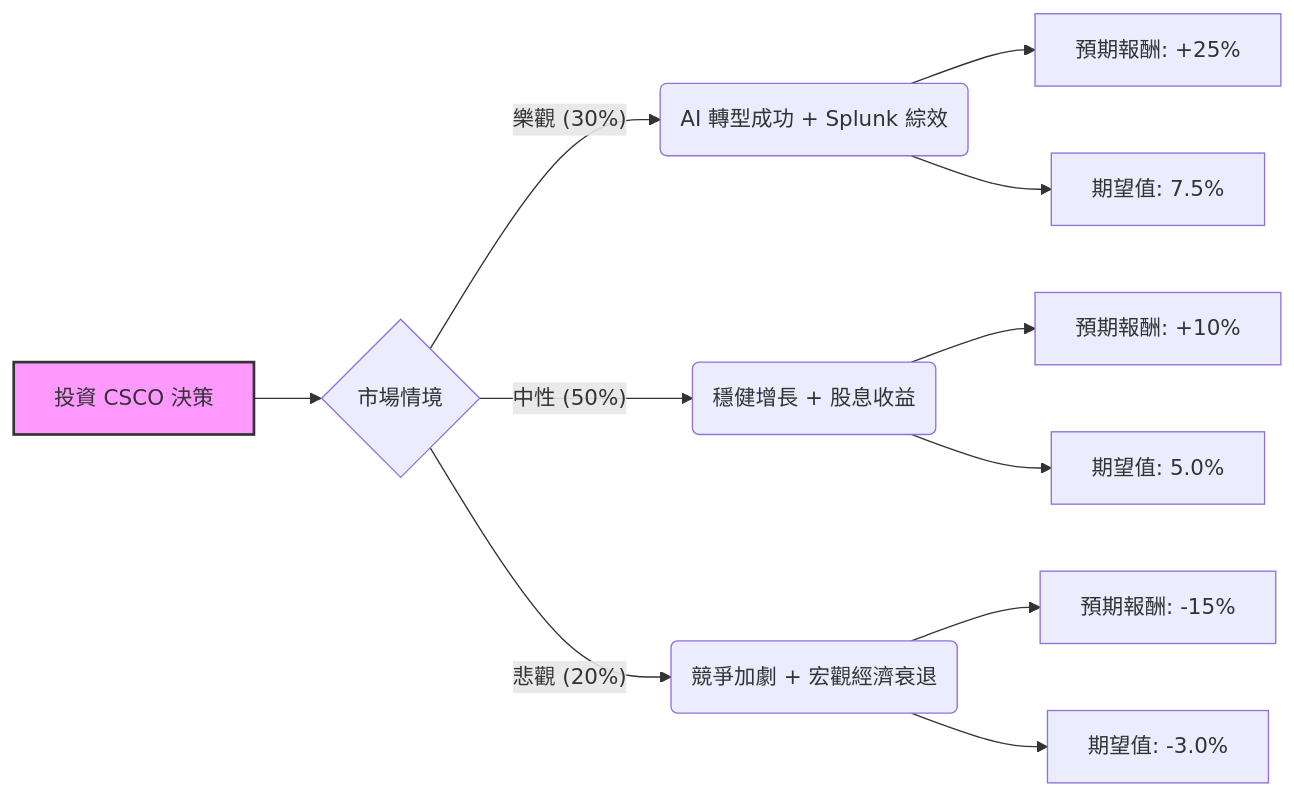
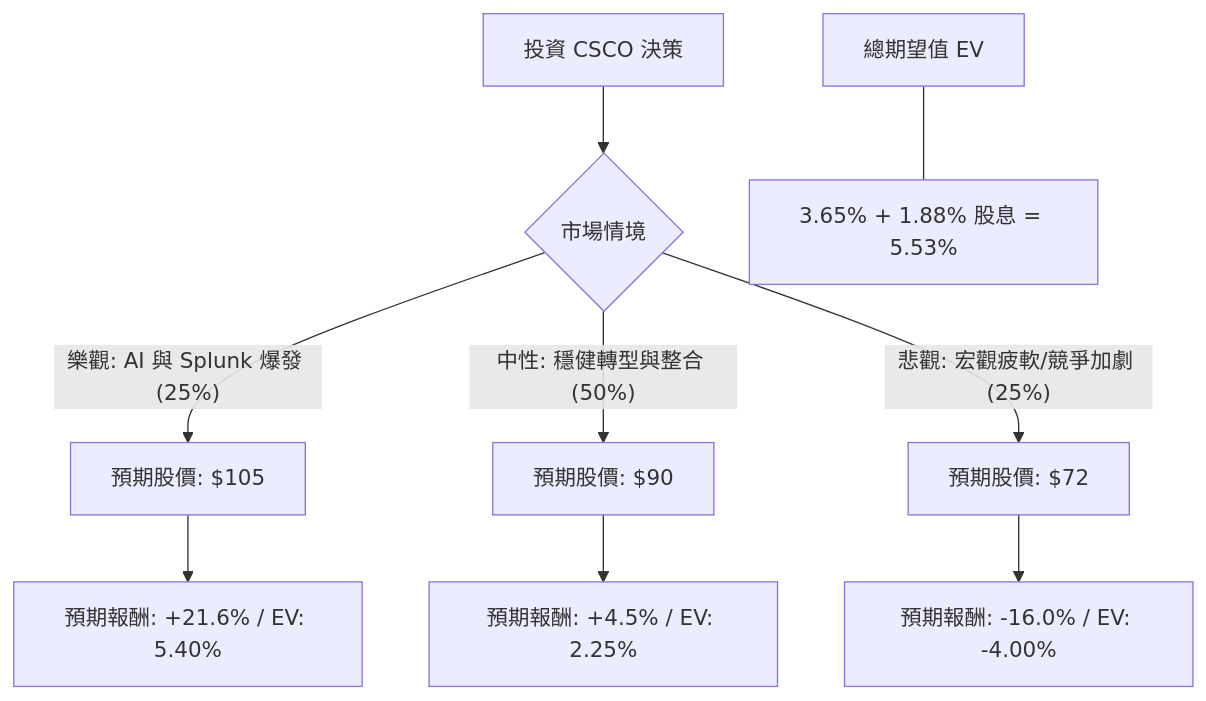
One commit to zmcx16/zmcx16.github.io changed the diagram in plugin-react/ai-analysis/ev-analysis/CSCO.md. Above: the diagram before and after it, drawn with Mermaid. The commit also changed other lines of this file and 70 other files, not shown here.

````diff
--- a/plugin-react/ai-analysis/ev-analysis/CSCO.md
+++ b/plugin-react/ai-analysis/ev-analysis/CSCO.md
@@ -19,18 +18,14 @@
 ```mermaid
-graph LR
+graph TD
     A[投資 CSCO 決策] --> B{市場情境}
     
-    B -- 樂觀 (30%) --> C(AI 轉型成功 + Splunk 綜效)
-    C --> C1[預期報酬: +25%]
-    C --> C2[期望值: 7.5%]
+    B -- 樂觀: AI 與 Splunk 爆發 (25%) --> C[預期股價: $105]
+    B -- 中性: 穩健轉型與整合 (50%) --> D[預期股價: $90]
+    B -- 悲觀: 宏觀疲軟/競爭加劇 (25%) --> E[預期股價: $72]
+
+    C --> F[預期報酬: +21.6% / EV: 5.40%]
+    D --> G[預期報酬: +4.5% / EV: 2.25%]
+    E --> H[預期報酬: -16.0% / EV: -4.00%]
     
-    B -- 中性 (50%) --> D(穩健增長 + 股息收益)
-    D --> D1[預期報酬: +10%]
-    D --> D2[期望值: 5.0%]
-    
-    B -- 悲觀 (20%) --> E(競爭加劇 + 宏觀經濟衰退)
-    E --> E1[預期報酬: -15%]
-    E --> E2[期望值: -3.0%]
-    
-    style A fill:#f9f,stroke:#333,stroke-width:2px
+    I[總期望值 EV] --- J[3.65% + 1.88% 股息 = 5.53%]
 ```
````
